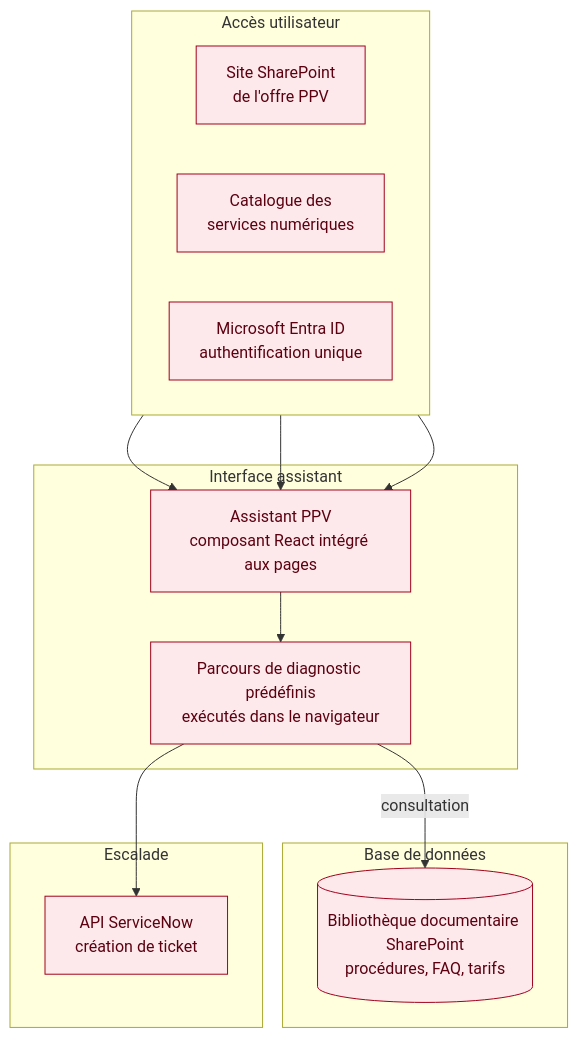
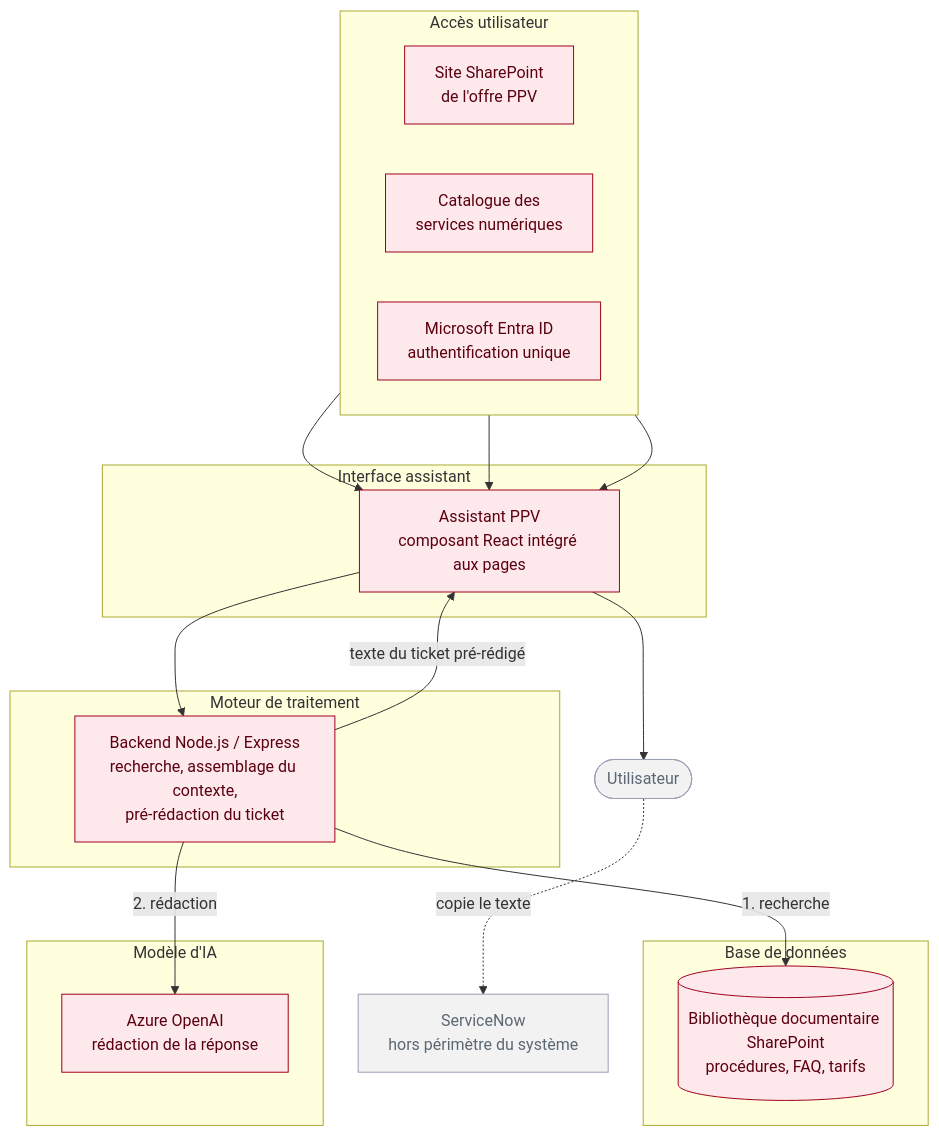
The second of 3 diagrams in 12bis-diagramme-deploiement.md (margotmc-web/Chatbot_PPV_BC07), drawn with Mermaid before and after one commit. The commit also changed other lines of this file, not shown here.

````diff
--- a/12bis-diagramme-deploiement.md
+++ b/12bis-diagramme-deploiement.md
@@ -53,29 +59,39 @@
 ```mermaid
 flowchart TB
     subgraph ACC["Accès utilisateur"]
         direction LR
         A1["Site SharePoint<br/>de l'offre PPV"]
         A2["Catalogue des<br/>services numériques"]
         A3["Microsoft Entra ID<br/>authentification unique"]
     end
     subgraph INT["Interface assistant"]
         B1["Assistant PPV<br/>composant React intégré aux pages"]
-        B2["Parcours de diagnostic prédéfinis<br/>exécutés dans le navigateur"]
+    end
+    subgraph MOT["Moteur de traitement"]
+        C1["Backend Node.js / Express<br/>recherche, assemblage du contexte,<br/>pré-rédaction du ticket"]
     end
     subgraph BDD["Base de données"]
         D1[("Bibliothèque documentaire SharePoint<br/>procédures, FAQ, tarifs")]
     end
-    subgraph ESC["Escalade"]
-        F1["API ServiceNow<br/>création de ticket"]
+    subgraph IA["Modèle d'IA"]
+        E1["Azure OpenAI<br/>rédaction de la réponse"]
     end
+
+    U1(["Utilisateur"])
+    SNOW["ServiceNow<br/>hors périmètre du système"]
 
     A1 --> B1
     A2 --> B1
     A3 --> B1
-    B1 --> B2
-    B2 -->|consultation| D1
-    B2 --> F1
+    B1 --> C1
+    C1 -->|1. recherche| D1
+    C1 -->|2. rédaction| E1
+    C1 -->|texte du ticket pré-rédigé| B1
+    B1 --> U1
+    U1 -.->|copie le texte| SNOW
 
     classDef todo fill:#fde9ec,stroke:#a1001c,color:#5c0010;
-    class A1,A2,A3,B1,B2,D1,F1 todo
+    classDef hors fill:#f2f2f2,stroke:#9aa0b5,color:#5b6773;
+    class A1,A2,A3,B1,C1,D1,E1 todo
+    class U1,SNOW hors
 ```
````
